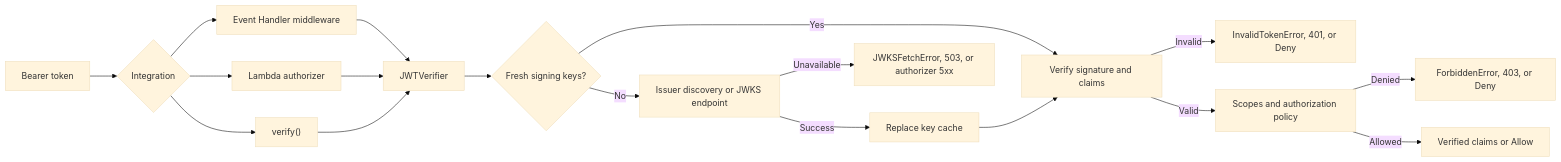
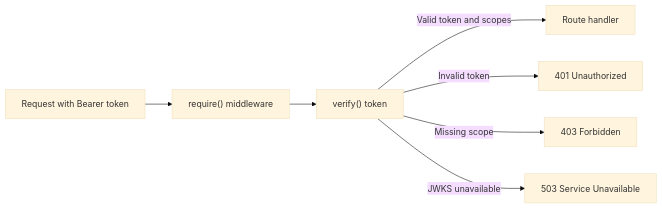
The diagram in docs/utilities/auth.md (aws-powertools/powertools-lambda-python), drawn with Mermaid (base theme) before and after one commit. The commit also changed other lines of this file, not shown here.

````diff
--- a/docs/utilities/auth.md
+++ b/docs/utilities/auth.md
@@ -10,20 +9,9 @@
 ```mermaid
 flowchart LR
-    Request["Bearer token"] --> Integration{"Integration"}
-    Integration --> Middleware["Event Handler middleware"]
-    Integration --> Authorizer["Lambda authorizer"]
-    Integration --> Direct["verify()"]
-    Middleware --> Verifier["JWTVerifier"]
-    Authorizer --> Verifier
-    Direct --> Verifier
-    Verifier --> Keys{"Fresh signing keys?"}
-    Keys -->|Yes| Validate["Verify signature and claims"]
-    Keys -->|No| Provider["Issuer discovery or JWKS endpoint"]
-    Provider -->|Success| Cache["Replace key cache"]
-    Cache --> Validate
-    Provider -->|Unavailable| ServiceFailure["JWKSFetchError, 503, or authorizer 5xx"]
-    Validate -->|Invalid| Reject["InvalidTokenError, 401, or Deny"]
-    Validate -->|Valid| Policy["Scopes and authorization policy"]
-    Policy -->|Denied| Forbidden["ForbiddenError, 403, or Deny"]
-    Policy -->|Allowed| Allow["Verified claims or Allow"]
+    Request["Request with Bearer token"] --> Middleware["require() middleware"]
+    Middleware --> Verify["verify() token"]
+    Verify -->|Valid token and scopes| Handler["Route handler"]
+    Verify -->|Invalid token| Unauthorized["401 Unauthorized"]
+    Verify -->|Missing scope| Forbidden["403 Forbidden"]
+    Verify -->|JWKS unavailable| Unavailable["503 Service Unavailable"]
 ```
````
